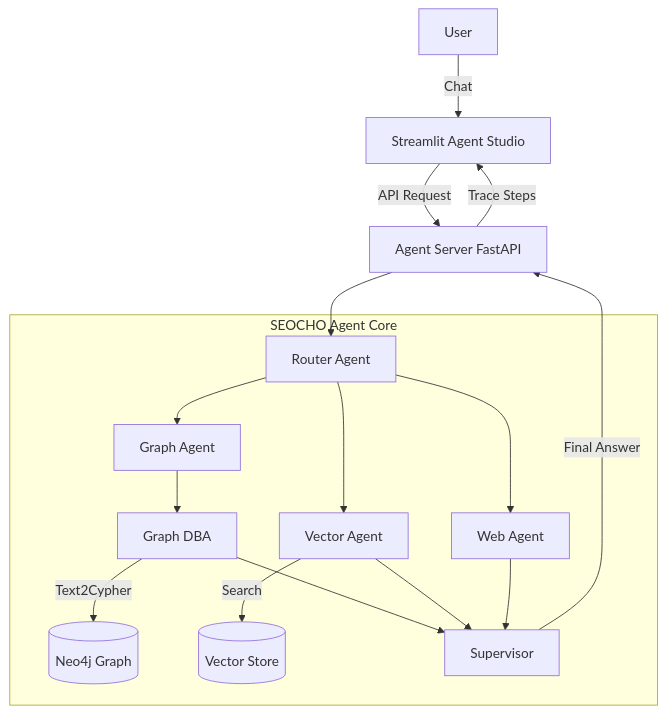
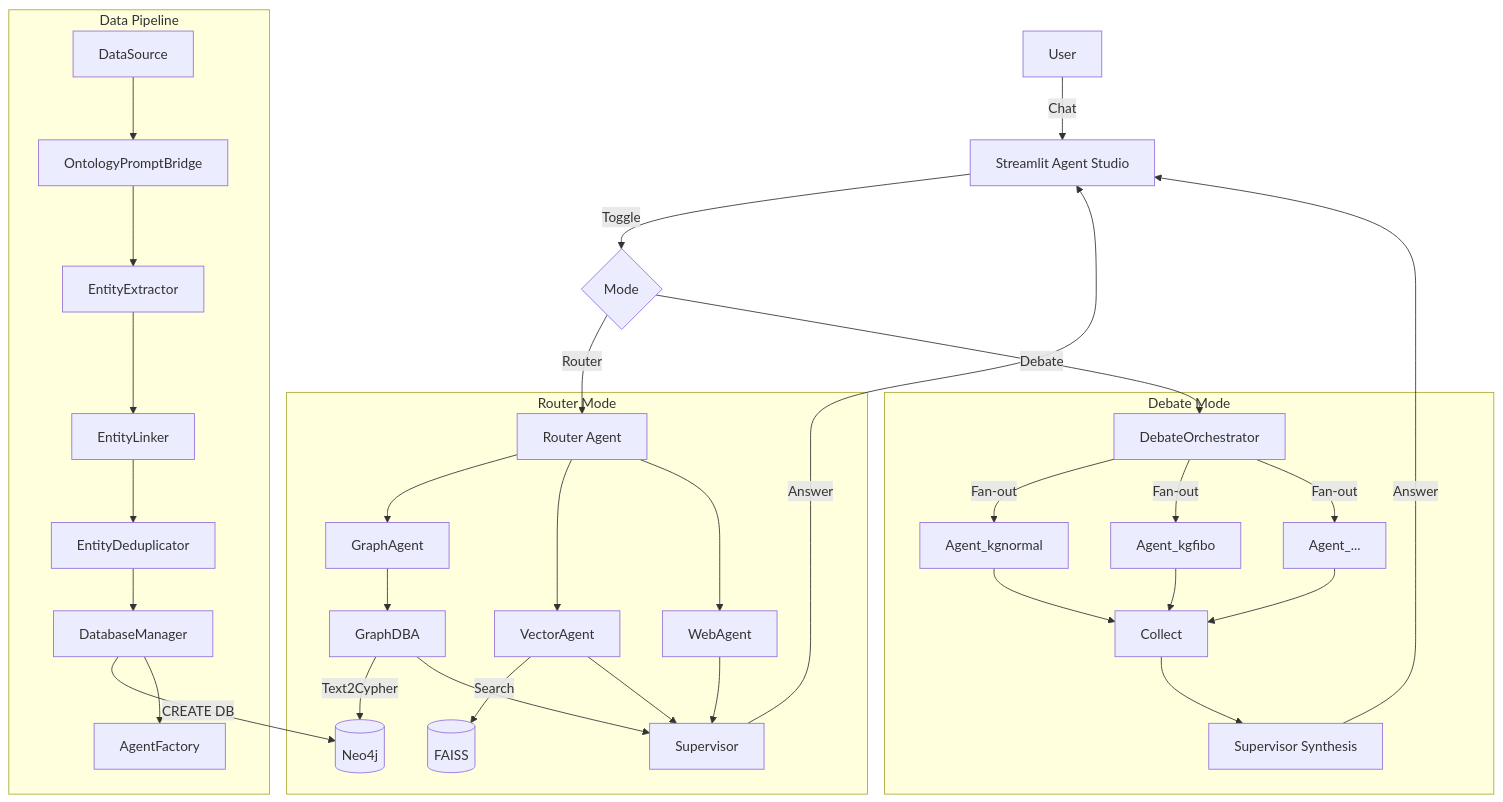
The diagram in README.md (tteon/seocho), drawn with Mermaid before and after one commit. The commit also changed other lines of this file and 5 other files, not shown here.

First line of the commit message:
docs: Clean up stale docs and rewrite README for new architecture

````diff
--- a/README.md
+++ b/README.md
@@ -87,21 +14,43 @@
 ```mermaid
 graph TD
     User[User] -->|Chat| UI[Streamlit Agent Studio]
-    UI -->|API Request| API[Agent Server FastAPI]
+    UI -->|Toggle| Mode{Mode}
 
-    subgraph SEOCHO_Agent_Core[SEOCHO Agent Core]
-        Router[Router Agent] --> Graph[Graph Agent]
-        Router --> Vector[Vector Agent]
-        Router --> Web[Web Agent]
-        Graph --> DBA[Graph DBA]
-        DBA -->|Text2Cypher| Neo4j[(Neo4j Graph)]
-        Vector -->|Search| FAISS[(Vector Store)]
-        DBA --> Supervisor[Supervisor]
+    Mode -->|Router| Router[Router Agent]
+    Mode -->|Debate| Debate[DebateOrchestrator]
+
+    subgraph Legacy_Router[Router Mode]
+        Router --> Graph[GraphAgent]
+        Router --> Vector[VectorAgent]
+        Router --> Web[WebAgent]
+        Graph --> DBA[GraphDBA]
+        DBA -->|Text2Cypher| Neo4j[(Neo4j)]
+        Vector -->|Search| FAISS[(FAISS)]
+        DBA --> Supervisor
         Vector --> Supervisor
-        Web --> Supervisor
+        Web --> Supervisor[Supervisor]
     end
 
-    API --> Router
-    Supervisor -->|Final Answer| API
-    API -->|Trace Steps| UI
+    subgraph Parallel_Debate[Debate Mode]
+        Debate -->|Fan-out| A1[Agent_kgnormal]
+        Debate -->|Fan-out| A2[Agent_kgfibo]
+        Debate -->|Fan-out| AN[Agent_...]
+        A1 --> Collect[Collect]
+        A2 --> Collect
+        AN --> Collect
+        Collect --> Synth[Supervisor Synthesis]
+    end
+
+    subgraph Pipeline[Data Pipeline]
+        DS[DataSource] --> Bridge[OntologyPromptBridge]
+        Bridge --> Extract[EntityExtractor]
+        Extract --> Link[EntityLinker]
+        Link --> Dedup[EntityDeduplicator]
+        Dedup --> DBM[DatabaseManager]
+        DBM -->|CREATE DB| Neo4j
+        DBM --> AF[AgentFactory]
+    end
+
+    Supervisor -->|Answer| UI
+    Synth -->|Answer| UI
 ```
````
